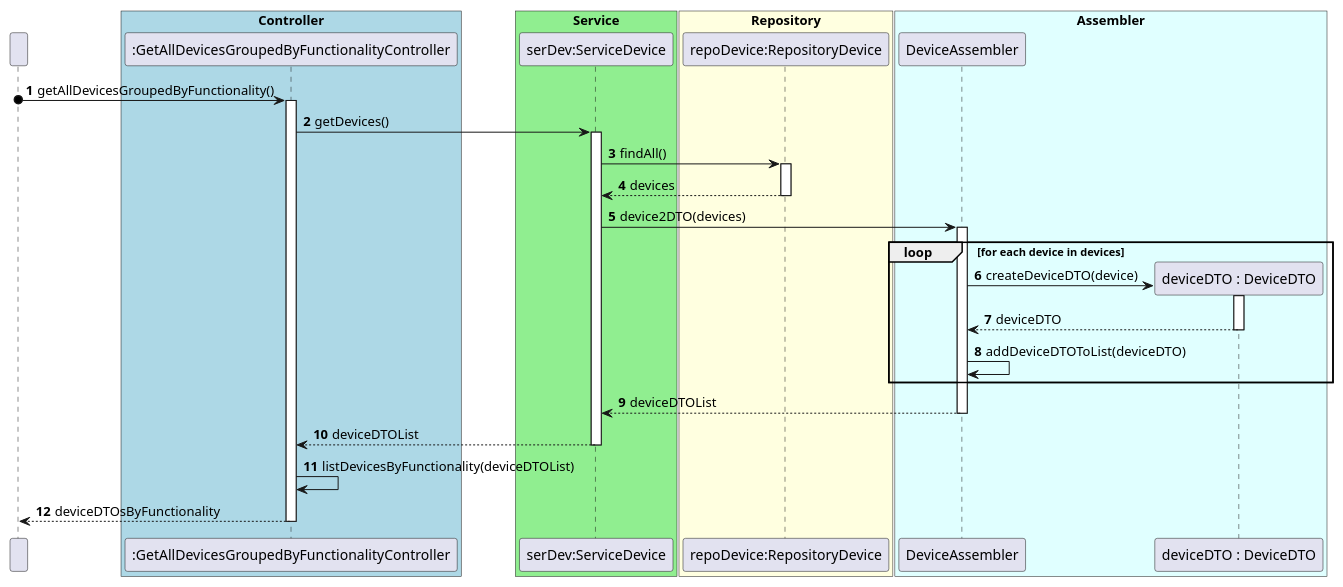
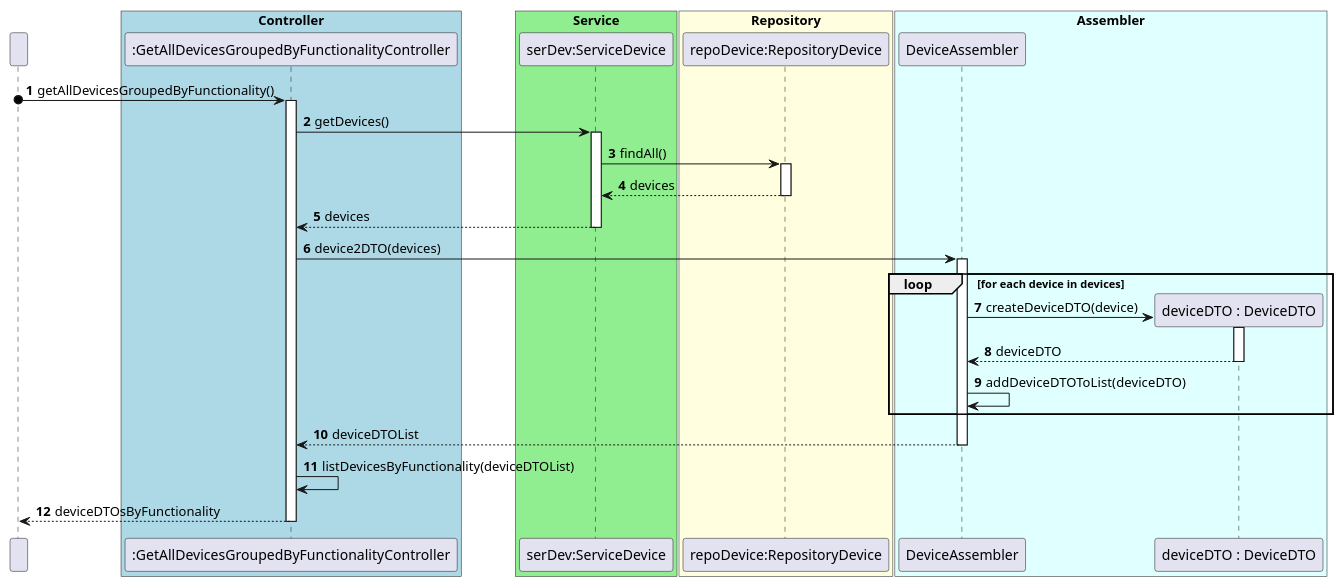
One commit to olivDiogo/SmartHome changed the diagram in docs/userStories/us09/artifacts/US09SD.puml. Above: the diagram before and after it, drawn with PlantUML. The commit also changed 1 other file, not shown here.

Commit message:
#59 docs: minor change to US09 Sequence Diagram

```diff
--- a/docs/userStories/us09/artifacts/US09SD.puml
+++ b/docs/userStories/us09/artifacts/US09SD.puml
@@ -1,75 +1,74 @@
 @startuml
 'https://plantuml.com/sequence-diagram
 !pragma layout smetana
 
 participant " " as User
 
 box "Controller" #LightBlue
 participant ":GetAllDevicesGroupedByFunctionalityController" as GetAllDevicesGroupedByFunctionalityController
 end box
 
 box "Service" #LightGreen
 participant "serDev:ServiceDevice" as ServiceDevice
 end box
 
 box "Repository" #LightYellow
 participant "repoDevice:RepositoryDevice" as RepositoryDevice
 end box
 
 box "Assembler" #LightCyan
 participant "DeviceAssembler" as DeviceAssembler
 
 participant "deviceDTO : DeviceDTO" as DeviceDTO
 end box
 
 autonumber
 
 User o-> GetAllDevicesGroupedByFunctionalityController: getAllDevicesGroupedByFunctionality()
 
 activate GetAllDevicesGroupedByFunctionalityController
 
 
 GetAllDevicesGroupedByFunctionalityController -> ServiceDevice : getDevices()
 
 activate ServiceDevice
 
 ServiceDevice -> RepositoryDevice: findAll()
 
 activate RepositoryDevice
 
 RepositoryDevice --> ServiceDevice: devices
 
 deactivate RepositoryDevice
 
-ServiceDevice -> DeviceAssembler: device2DTO(devices)
+ServiceDevice --> GetAllDevicesGroupedByFunctionalityController: devices
+
+deactivate ServiceDevice
+
+GetAllDevicesGroupedByFunctionalityController -> DeviceAssembler: device2DTO(devices)
 
 loop for each device in devices
     activate DeviceAssembler
     create DeviceDTO
     DeviceAssembler -> DeviceDTO: createDeviceDTO(device)
 
     activate DeviceDTO
 
     DeviceDTO --> DeviceAssembler: deviceDTO
 
     deactivate DeviceDTO
 
     DeviceAssembler -> DeviceAssembler: addDeviceDTOToList(deviceDTO)
 end
 
-DeviceAssembler --> ServiceDevice: deviceDTOList
+DeviceAssembler --> GetAllDevicesGroupedByFunctionalityController: deviceDTOList
 
 deactivate DeviceAssembler
-
-
-ServiceDevice --> GetAllDevicesGroupedByFunctionalityController: deviceDTOList
-
-deactivate ServiceDevice
 
 GetAllDevicesGroupedByFunctionalityController -> GetAllDevicesGroupedByFunctionalityController: listDevicesByFunctionality(deviceDTOList)
 
 GetAllDevicesGroupedByFunctionalityController --> User: deviceDTOsByFunctionality
 
 deactivate GetAllDevicesGroupedByFunctionalityController
 
 @enduml
```
